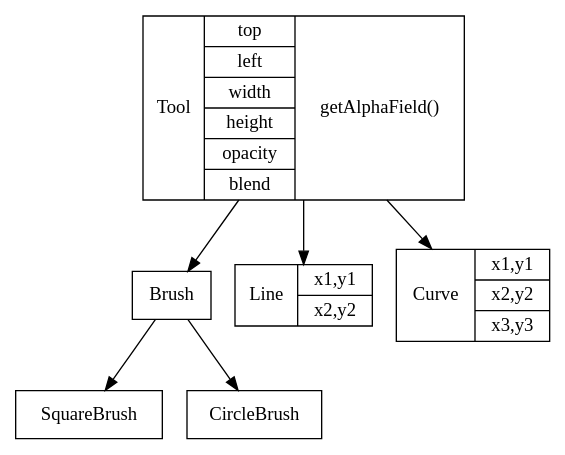
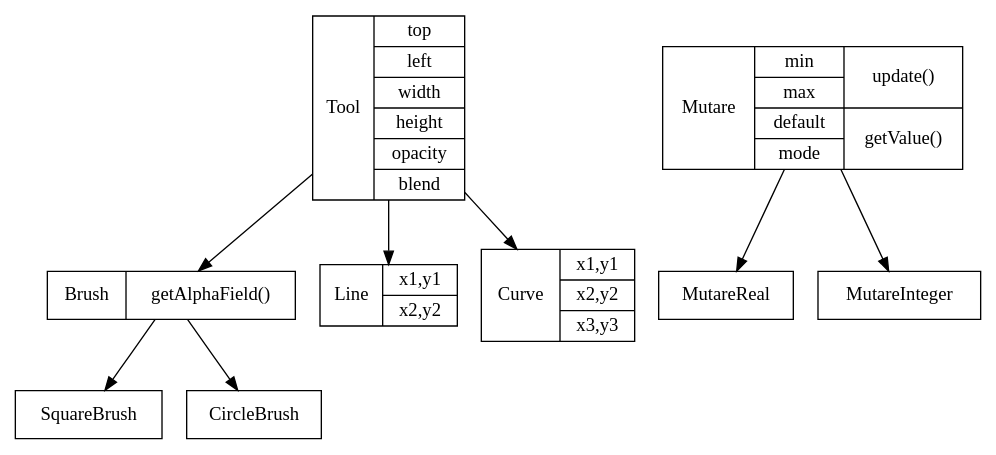
One commit to juliankrispel/Pollock changed the diagram in docs/tools.dot. Above: the diagram before and after it, drawn with Graphviz. The commit also changed 1 other file, not shown here.

```diff
--- a/docs/tools.dot
+++ b/docs/tools.dot
@@ -1,15 +1,22 @@
 digraph G {
-	Tool [shape=record,label="Tool|{top|left|width|height|opacity|blend}|getAlphaField()"];
-	Brush [shape=record,label="Brush"];
+	Tool [shape=record,label="Tool|{top|left|width|height|opacity|blend}"];
+	Brush [shape=record,label="Brush|getAlphaField()"];
 	Line [shape=record,label="Line|{x1,y1|x2,y2}"];
 	Curve [shape=record,label="Curve|{x1,y1|x2,y2|x3,y3}"];
 	SquareBrush [shape=record]
 	CircleBrush [shape=record]
 
 	Tool -> Brush;
 	Tool -> Line;
 	Tool -> Curve;
  
-    Brush -> SquareBrush;                           
-    Brush -> CircleBrush;
+  Brush -> SquareBrush;                           
+  Brush -> CircleBrush;
+  
+  Mutare [shape=record,label="Mutare|{min|max|default|mode}|{update()|getValue()}"];
+  MutareReal [shape=record]
+  MutareInteger [shape=record]
+  
+  Mutare -> MutareReal;
+  Mutare -> MutareInteger;
 }
```
